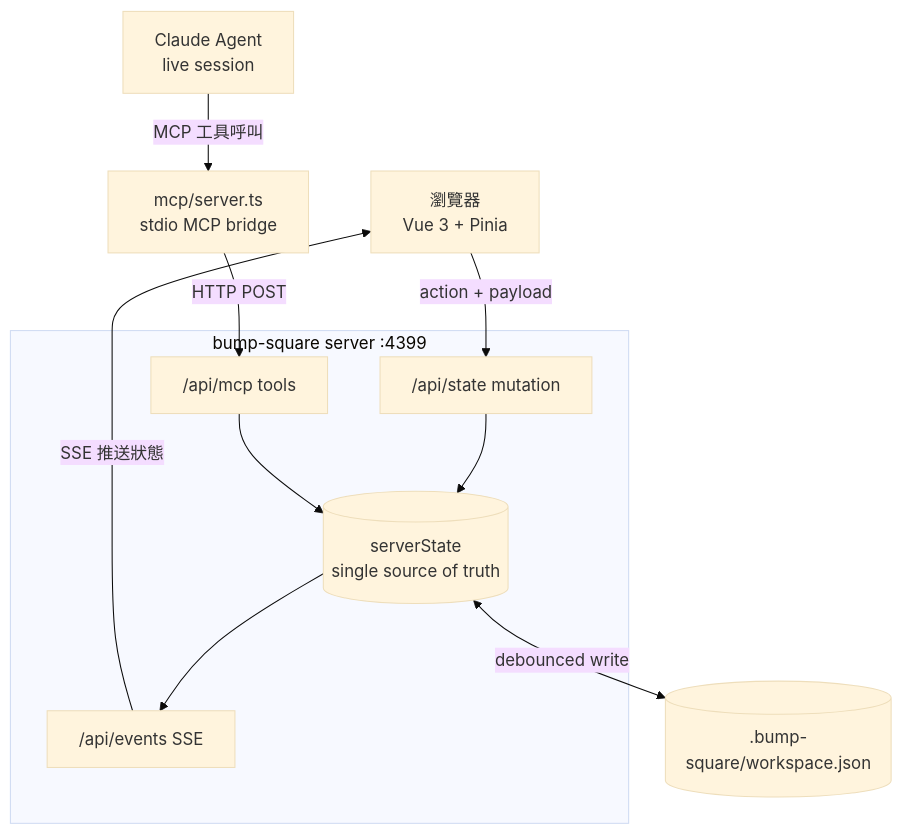
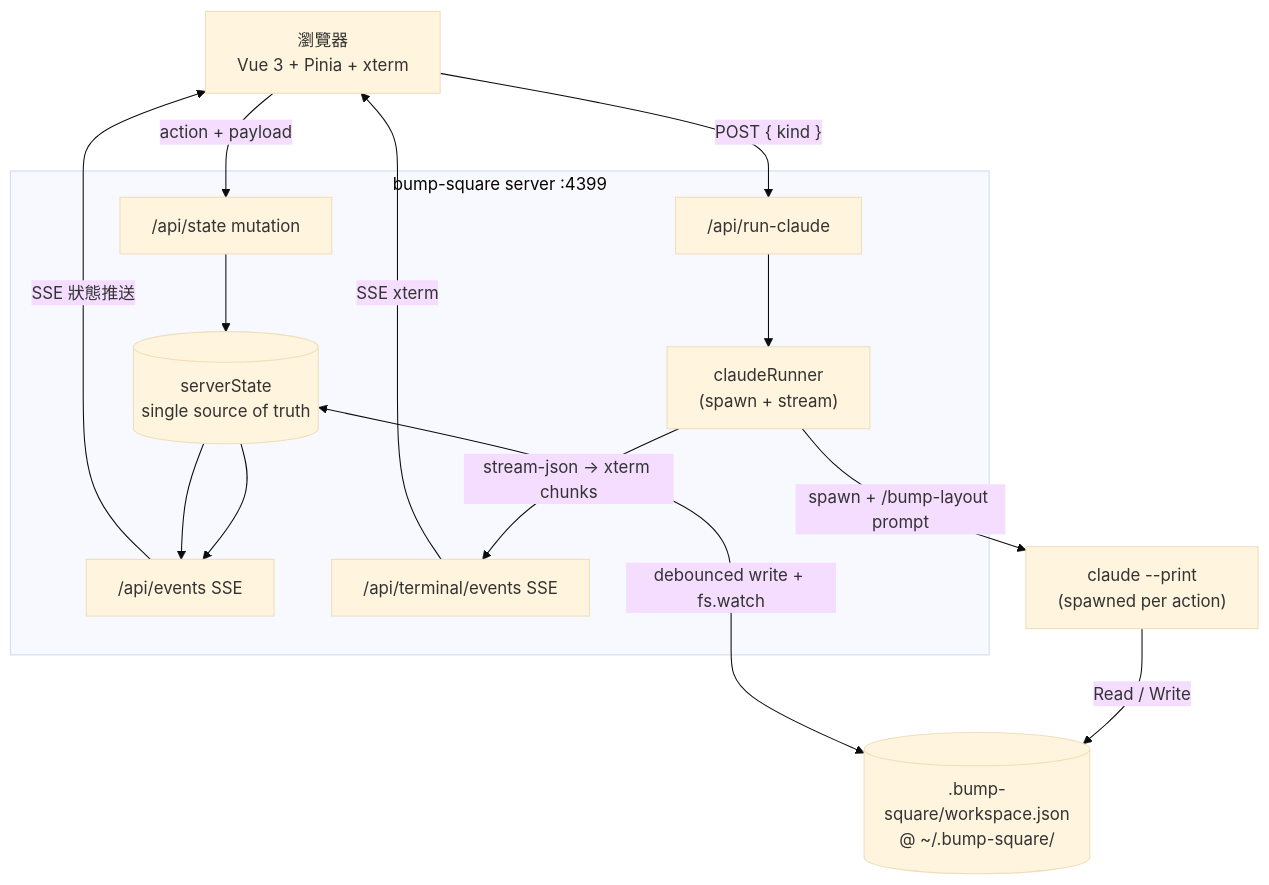
The third of 3 diagrams in README.md (silencechung/bump-square), drawn with Mermaid (base theme) before and after one commit. The commit also changed other lines of this file and 5 other files, not shown here.

First line of the commit message:
Update docs for claude --print + xterm panel architecture

````diff
--- a/README.md
+++ b/README.md
@@ -112,26 +115,31 @@
 ```mermaid
 flowchart TB
-    Browser["瀏覽器\nVue 3 + Pinia"]
-    Agent["Claude Agent\nlive session"]
+    Browser["瀏覽器\nVue 3 + Pinia + xterm"]
 
     subgraph Server ["bump-square server :4399"]
         SS[("serverState\nsingle source of truth")]
         EventsAPI["/api/events SSE"]
         StateAPI["/api/state mutation"]
-        McpAPI["/api/mcp tools"]
+        RunAPI["/api/run-claude"]
+        TermAPI["/api/terminal/events SSE"]
+        Runner["claudeRunner\n(spawn + stream)"]
     end
 
-    McpBridge["mcp/server.ts\nstdio MCP bridge"]
-    Persist[(".bump-square/workspace.json")]
+    CC["claude --print\n(spawned per action)"]
+    Persist[(".bump-square/workspace.json\n@ ~/.bump-square/")]
 
     Browser -- "action + payload" --> StateAPI
     StateAPI --> SS
     SS --> EventsAPI
-    EventsAPI -- "SSE 推送狀態" --> Browser
+    EventsAPI -- "SSE 狀態推送" --> Browser
 
-    Agent -- "MCP 工具呼叫" --> McpBridge
-    McpBridge -- "HTTP POST" --> McpAPI
-    McpAPI --> SS
+    Browser -- "POST { kind }" --> RunAPI
+    RunAPI --> Runner
+    Runner -- "spawn + /bump-layout prompt" --> CC
+    Runner -- "stream-json → xterm chunks" --> TermAPI
+    TermAPI -- "SSE xterm" --> Browser
 
-    SS <-- "debounced write" --> Persist
+    CC -- "Read / Write" --> Persist
+    SS <-- "debounced write + fs.watch" --> Persist
+    SS --> EventsAPI
 ```
````
